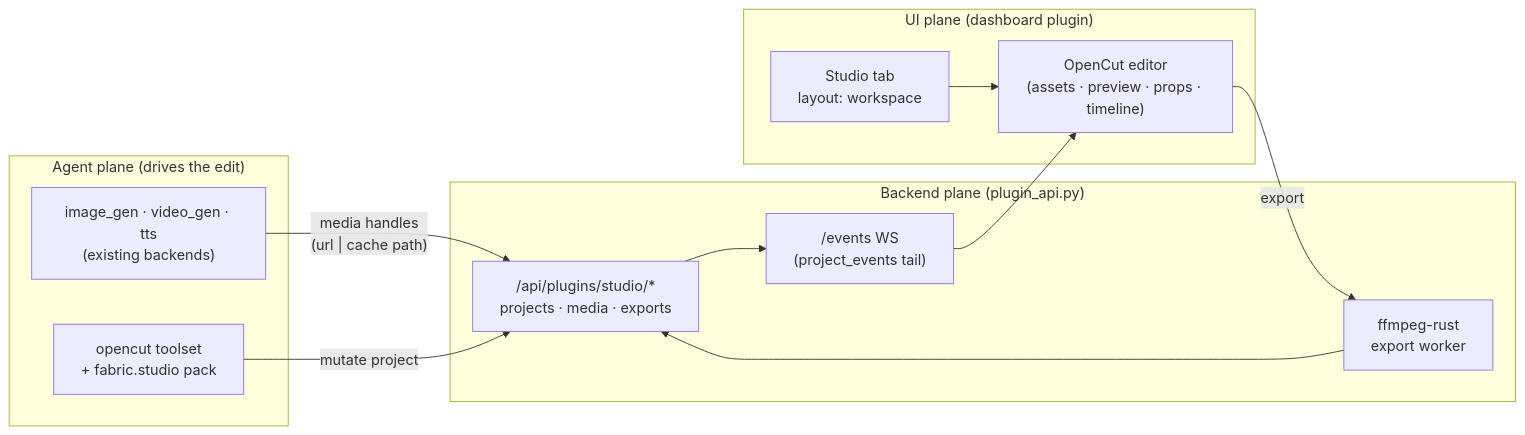
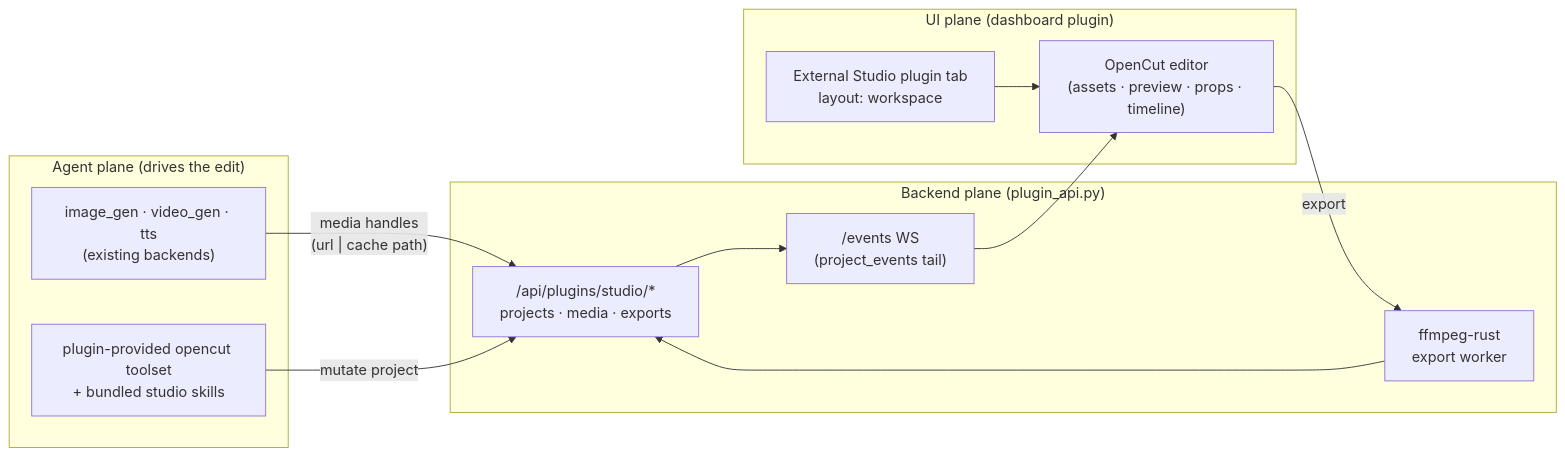
One commit to ObliviousOdin/fabric changed the diagram in docs/design/opencut-capability-audit.md. Above: the diagram before and after it, drawn with Mermaid. The commit also changed other lines of this file, not shown here.

Commit message:
docs(design): align OpenCut with plugin boundary

````diff
--- a/docs/design/opencut-capability-audit.md
+++ b/docs/design/opencut-capability-audit.md
@@ -286,21 +288,21 @@
 ```mermaid
 flowchart LR
   subgraph Agent["Agent plane (drives the edit)"]
-    SK["opencut toolset\n+ fabric.studio pack"]
+    SK["plugin-provided opencut toolset\n+ bundled studio skills"]
     GEN["image_gen · video_gen · tts\n(existing backends)"]
   end
   subgraph UI["UI plane (dashboard plugin)"]
-    TAB["Studio tab\nlayout: workspace"]
+    TAB["External Studio plugin tab\nlayout: workspace"]
     ED["OpenCut editor\n(assets · preview · props · timeline)"]
   end
   subgraph Backend["Backend plane (plugin_api.py)"]
     API["/api/plugins/studio/*\nprojects · media · exports"]
     WS["/events WS\n(project_events tail)"]
     FF["ffmpeg-rust\nexport worker"]
   end
   GEN -->|"media handles\n(url | cache path)"| API
   SK -->|"mutate project"| API
   API --> WS --> ED
   ED -->|"export"| FF --> API
   TAB --> ED
 ```
````
